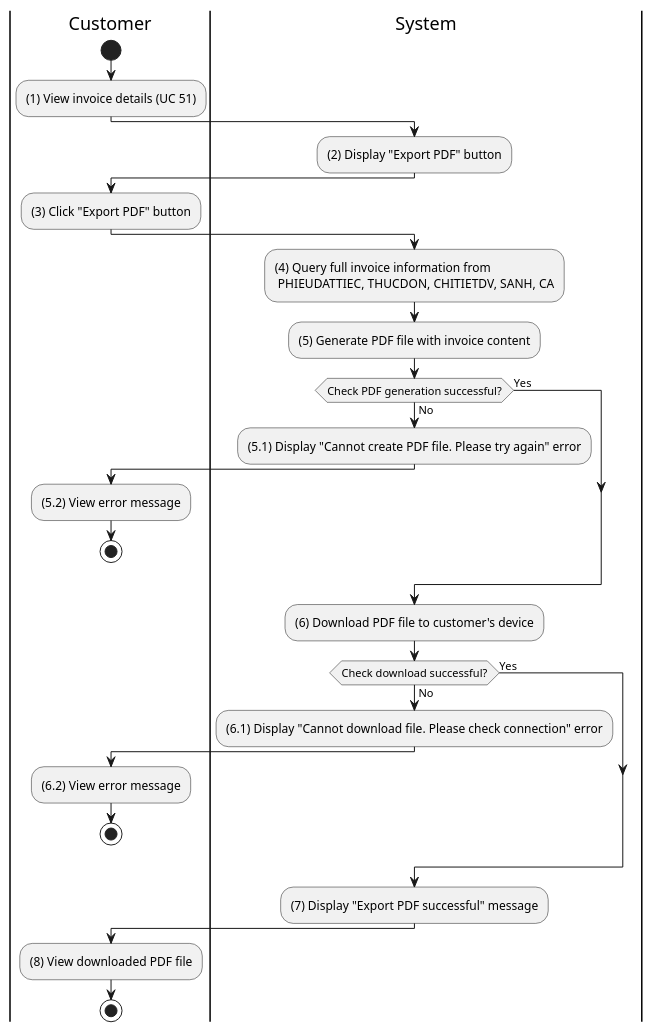
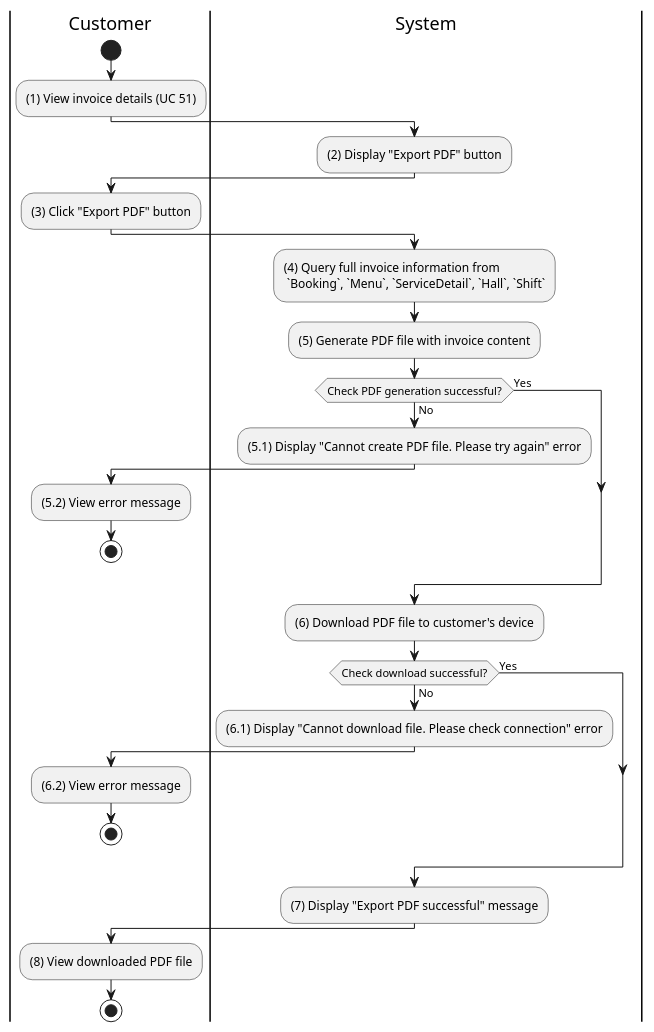
Before and after one commit to se113-wm/se113-wm.github.io: the diagram in docs/docs/activity for wedding management system/customer-payment/export-my-invoice-to-pdf.md, drawn with PlantUML. The commit also changed 64 other files, not shown here.

````diff
--- a/docs/docs/activity for wedding management system/customer-payment/export-my-invoice-to-pdf.md
+++ b/docs/docs/activity for wedding management system/customer-payment/export-my-invoice-to-pdf.md
@@ -3,49 +3,49 @@
 ```plantuml
 @startuml
 |C|Customer
 |Sys|System
 
 |C|
 start
 
 :(1) View invoice details (UC 51);
 
 |Sys|
 :(2) Display "Export PDF" button;
 
 |C|
 :(3) Click "Export PDF" button;
 
 |Sys|
-:(4) Query full invoice information from \n PHIEUDATTIEC, THUCDON, CHITIETDV, SANH, CA;
+:(4) Query full invoice information from \n `Booking`, `Menu`, `ServiceDetail`, `Hall`, `Shift`;
 :(5) Generate PDF file with invoice content;
 
 if (Check PDF generation successful?) then (No)
 	:(5.1) Display "Cannot create PDF file. Please try again" error;
 	|C|
 	:(5.2) View error message;
 	stop
 else (Yes)
 endif
 
 |Sys|
 :(6) Download PDF file to customer's device;
 
 if (Check download successful?) then (No)
 	:(6.1) Display "Cannot download file. Please check connection" error;
 	|C|
 	:(6.2) View error message;
 	stop
 else (Yes)
 endif
 
 |Sys|
 :(7) Display "Export PDF successful" message;
 
 |C|
 :(8) View downloaded PDF file;
 
 stop
 
 @enduml
 ```
````
